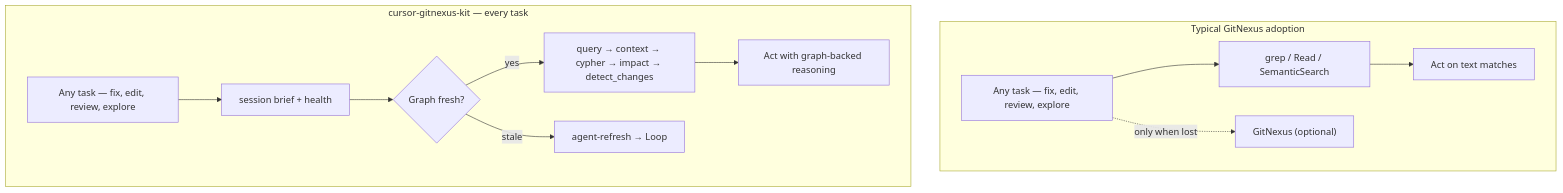
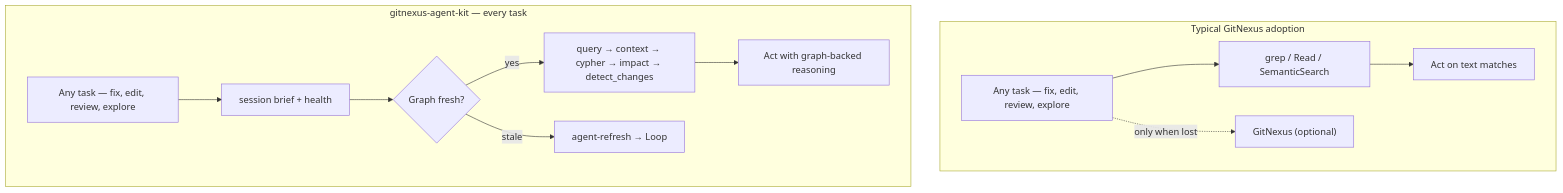
One commit to ReidenXerx/cursor-gitnexus-kit changed the second of 9 diagrams in docs/ARCHITECTURE.md. Above: the diagram before and after it, drawn with Mermaid. The commit also changed other lines of this file and 64 other files, not shown here.

First line of the commit message:
Expand GitNexus kit beyond Cursor

````diff
--- a/docs/ARCHITECTURE.md
+++ b/docs/ARCHITECTURE.md
@@ -55,18 +55,18 @@
 ```mermaid
 flowchart TB
   subgraph sidecar["Typical GitNexus adoption"]
     T1["Any task — fix, edit, review, explore"]
     T1 --> C1["grep / Read / SemanticSearch"]
     C1 --> A1[Act on text matches]
     T1 -.->|only when lost| GN1["GitNexus (optional)"]
   end
 
-  subgraph every["cursor-gitnexus-kit — every task"]
+  subgraph every["gitnexus-agent-kit — every task"]
     T2["Any task — fix, edit, review, explore"]
     T2 --> B2[session brief + health]
     B2 --> G2{Graph fresh?}
     G2 -->|yes| Loop["query → context → cypher → impact → detect_changes"]
     Loop --> A2[Act with graph-backed reasoning]
     G2 -->|stale| R2[agent-refresh → Loop]
   end
 ```
````
